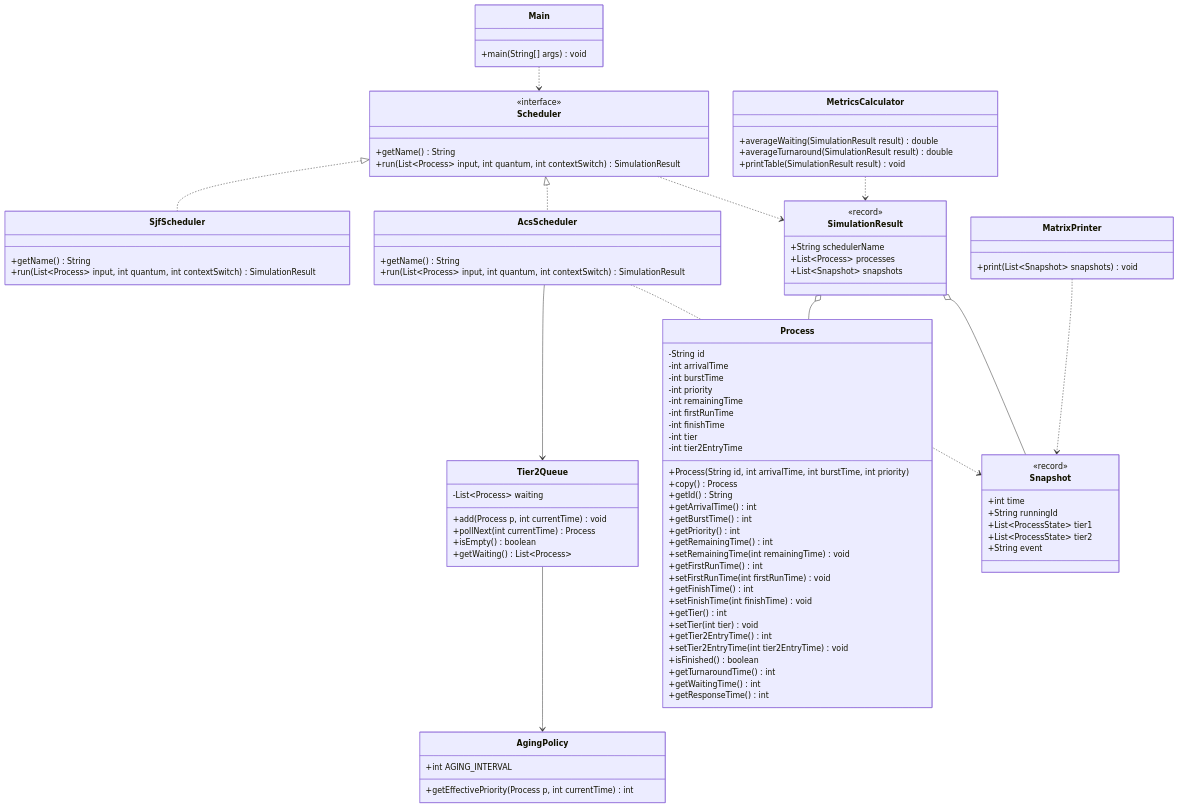
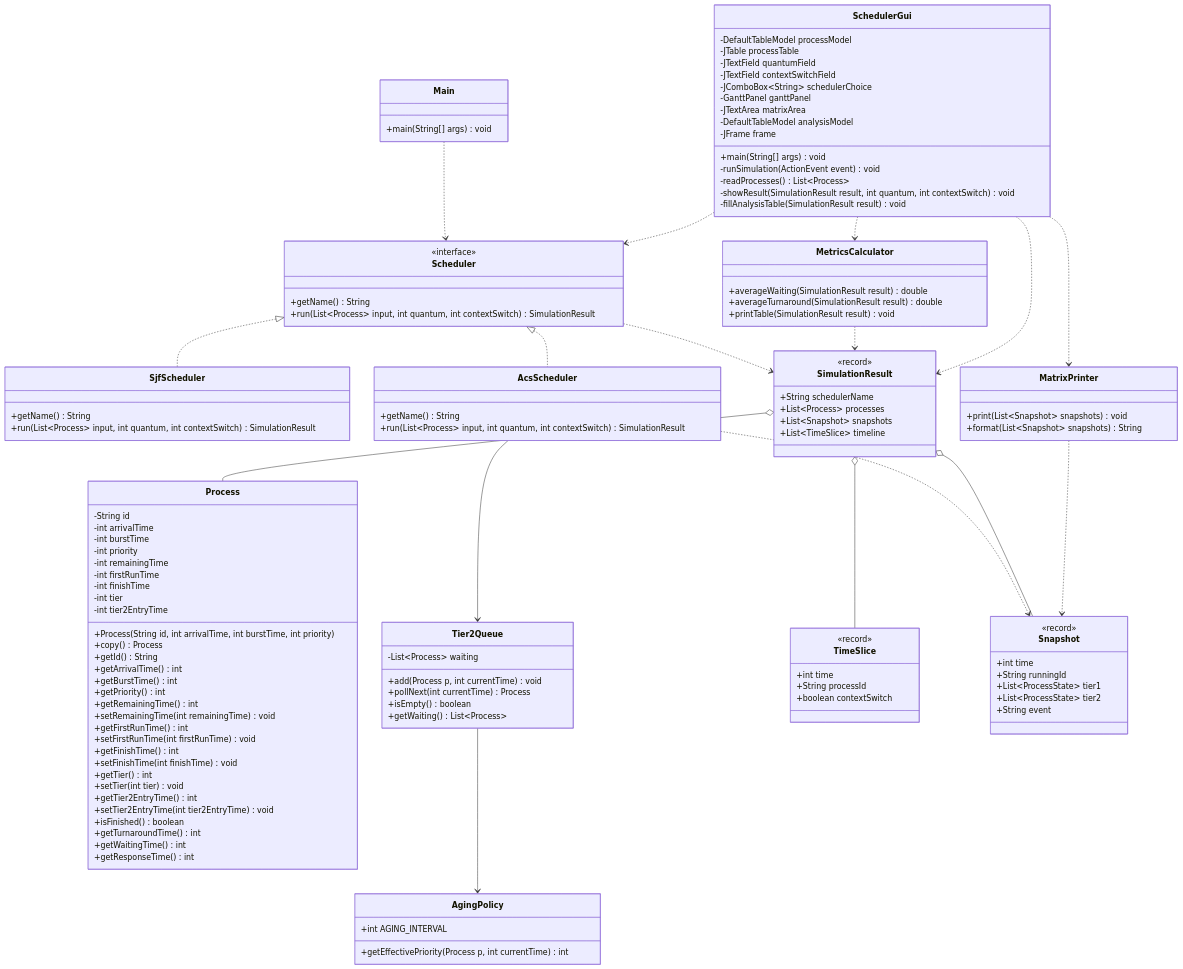
One commit to Yousefmohamed456/os-scheduler-clean changed the diagram in docs/class-diagram.md. Above: the diagram before and after it, drawn with Mermaid. The commit also changed other lines of this file and 3 other files, not shown here.

Commit message:
Add Swing SchedulerGui with Gantt chart, tier matrix and analysis tabs

````diff
--- a/docs/class-diagram.md
+++ b/docs/class-diagram.md
@@ -73,6 +73,14 @@
         +String schedulerName
         +List~Process~ processes
         +List~Snapshot~ snapshots
+        +List~TimeSlice~ timeline
+    }
+
+    class TimeSlice {
+        <<record>>
+        +int time
+        +String processId
+        +boolean contextSwitch
     }
 
     class Snapshot {
@@ -86,6 +94,7 @@
 
     class MatrixPrinter {
         +print(List~Snapshot~ snapshots) void
+        +format(List~Snapshot~ snapshots) String
     }
 
     class MetricsCalculator {
@@ -98,6 +107,23 @@
         +main(String[] args) void
     }
 
+    class SchedulerGui {
+        -DefaultTableModel processModel
+        -JTable processTable
+        -JTextField quantumField
+        -JTextField contextSwitchField
+        -JComboBox~String~ schedulerChoice
+        -GanttPanel ganttPanel
+        -JTextArea matrixArea
+        -DefaultTableModel analysisModel
+        -JFrame frame
+        +main(String[] args) void
+        -runSimulation(ActionEvent event) void
+        -readProcesses() List~Process~
+        -showResult(SimulationResult result, int quantum, int contextSwitch) void
+        -fillAnalysisTable(SimulationResult result) void
+    }
+
     Scheduler <|.. SjfScheduler
     Scheduler <|.. AcsScheduler
     AcsScheduler --> Tier2Queue
@@ -106,7 +132,12 @@
     Scheduler ..> SimulationResult
     SimulationResult o-- Process
     SimulationResult o-- Snapshot
+    SimulationResult o-- TimeSlice
     MatrixPrinter ..> Snapshot
     MetricsCalculator ..> SimulationResult
     Main ..> Scheduler
+    SchedulerGui ..> Scheduler
+    SchedulerGui ..> SimulationResult
+    SchedulerGui ..> MatrixPrinter
+    SchedulerGui ..> MetricsCalculator
 ```
````
